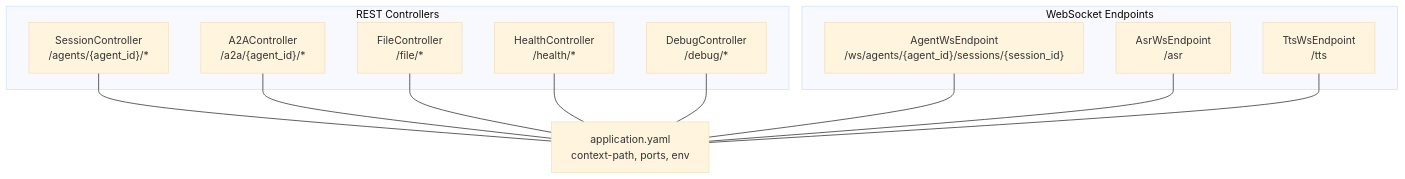
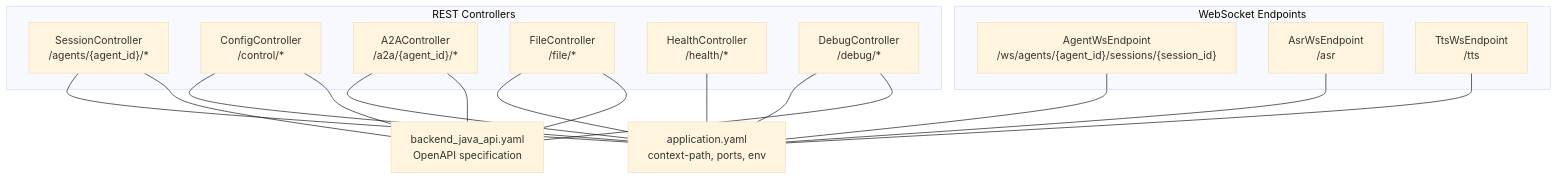
The first of 5 diagrams in .qoder/repowiki/en/content/API Reference/API Reference.md (alibaba/tron-one-agent), drawn with Mermaid (base theme) before and after one commit. The commit also changed other lines of this file and 6 other files, not shown here.

````diff
--- a/.qoder/repowiki/en/content/API Reference/API Reference.md
+++ b/.qoder/repowiki/en/content/API Reference/API Reference.md
@@ -50,24 +69,32 @@
 ```mermaid
 graph TB
 subgraph "REST Controllers"
 SC["SessionController<br/>/agents/{agent_id}/*"]
+CC["ConfigController<br/>/control/*"]
 AC["A2AController<br/>/a2a/{agent_id}/*"]
 FC["FileController<br/>/file/*"]
 HC["HealthController<br/>/health/*"]
 DC["DebugController<br/>/debug/*"]
 end
 subgraph "WebSocket Endpoints"
 WSA["AgentWsEndpoint<br/>/ws/agents/{agent_id}/sessions/{session_id}"]
 WSR["AsrWsEndpoint<br/>/asr"]
 WST["TtsWsEndpoint<br/>/tts"]
 end
 CFG["application.yaml<br/>context-path, ports, env"]
+OAS["backend_java_api.yaml<br/>OpenAPI specification"]
 SC --- CFG
+CC --- CFG
 AC --- CFG
 FC --- CFG
 HC --- CFG
 DC --- CFG
 WSA --- CFG
 WSR --- CFG
 WST --- CFG
+CC --- OAS
+SC --- OAS
+AC --- OAS
+FC --- OAS
+DC --- OAS
 ```
````
